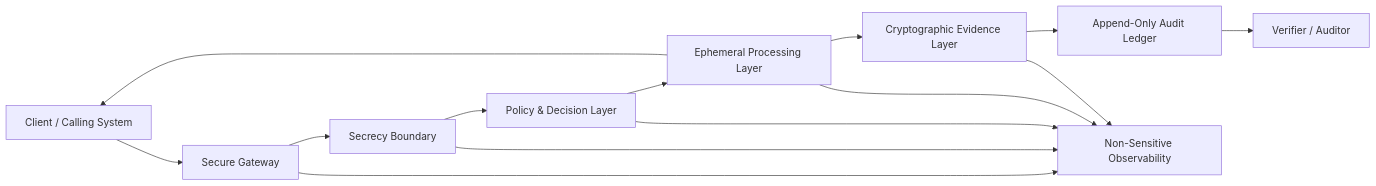
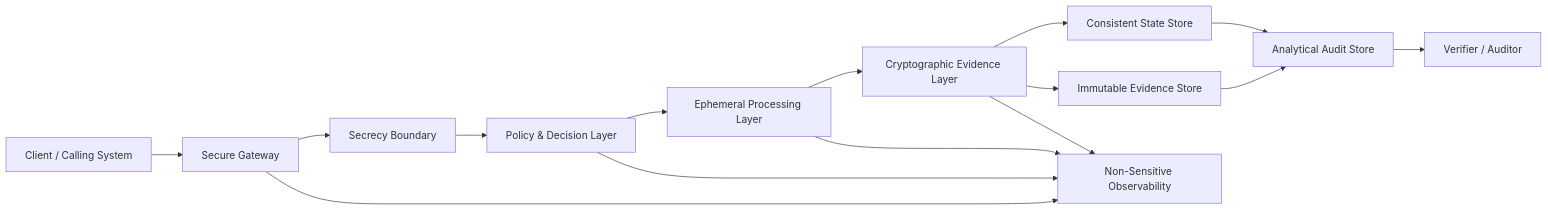
The diagram in README.md (irelia0nerf/secrecy-architecture), drawn with Mermaid before and after one commit. The commit also changed other lines of this file, not shown here.

Commit message:
docs: update README for v1.3 reference architecture

````diff
--- a/README.md
+++ b/README.md
@@ -57,27 +47,29 @@
 ```mermaid
 flowchart LR
-    Client[Client / Calling System]
-    Gateway[Secure Gateway]
-    Boundary[Secrecy Boundary]
-    Policy[Policy & Decision Layer]
-    Processor[Ephemeral Processing Layer]
-    Receipt[Cryptographic Evidence Layer]
-    Ledger[Append-Only Audit Ledger]
-    Observability[Non-Sensitive Observability]
-    Auditor[Verifier / Auditor]
+    Client["Client / Calling System"]
+    Gateway["Secure Gateway"]
+    Boundary["Secrecy Boundary"]
+    Policy["Policy & Decision Layer"]
+    Processor["Ephemeral Processing Layer"]
+    Receipt["Cryptographic Evidence Layer"]
+    State["Consistent State Store"]
+    Evidence["Immutable Evidence Store"]
+    Analytics["Analytical Audit Store"]
+    Observability["Non-Sensitive Observability"]
+    Auditor["Verifier / Auditor"]
 
     Client --> Gateway
     Gateway --> Boundary
     Boundary --> Policy
     Policy --> Processor
     Processor --> Receipt
-    Receipt --> Ledger
-    Processor --> Client
-
+    Receipt --> State
+    Receipt --> Evidence
+    State --> Analytics
+    Evidence --> Analytics
     Gateway --> Observability
-    Boundary --> Observability
     Policy --> Observability
     Processor --> Observability
     Receipt --> Observability
-    Ledger --> Auditor
+    Analytics --> Auditor
 ```
````
